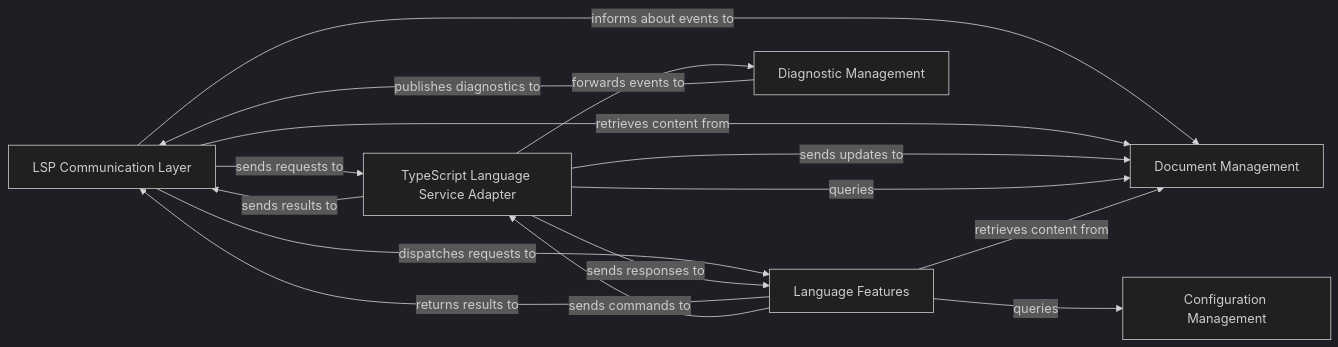
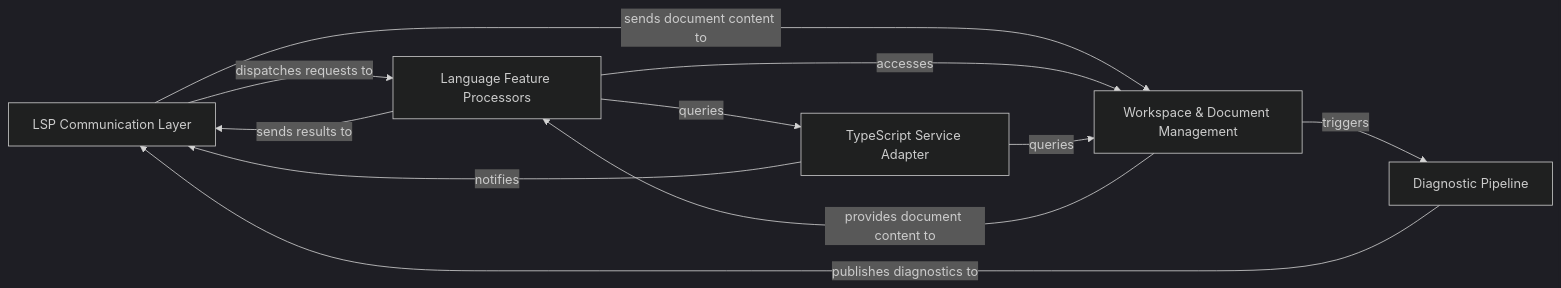
One commit to CodeBoarding/GeneratedOnBoardings changed the diagram in typescript-language-server/on_boarding.md. Above: the diagram before and after it, drawn with Mermaid (dark theme). The commit also changed other lines of this file, not shown here.

Commit message:
Uploading onboarding materials for typescript-language-server

````diff
--- a/typescript-language-server/on_boarding.md
+++ b/typescript-language-server/on_boarding.md
@@ -1,23 +1,18 @@
 ```mermaid
 graph LR
     LSP_Communication_Layer["LSP Communication Layer"]
-    TypeScript_Language_Service_Adapter["TypeScript Language Service Adapter"]
-    Document_Management["Document Management"]
-    Language_Features["Language Features"]
-    Diagnostic_Management["Diagnostic Management"]
-    Configuration_Management["Configuration Management"]
-    LSP_Communication_Layer -- "sends requests to" --> TypeScript_Language_Service_Adapter
-    TypeScript_Language_Service_Adapter -- "sends results to" --> LSP_Communication_Layer
-    LSP_Communication_Layer -- "dispatches requests to" --> Language_Features
-    Language_Features -- "returns results to" --> LSP_Communication_Layer
-    LSP_Communication_Layer -- "informs about events to" --> Document_Management
-    LSP_Communication_Layer -- "retrieves content from" --> Document_Management
-    TypeScript_Language_Service_Adapter -- "sends updates to" --> Document_Management
-    TypeScript_Language_Service_Adapter -- "queries" --> Document_Management
-    Language_Features -- "sends commands to" --> TypeScript_Language_Service_Adapter
-    TypeScript_Language_Service_Adapter -- "sends responses to" --> Language_Features
-    Language_Features -- "retrieves content from" --> Document_Management
-    Language_Features -- "queries" --> Configuration_Management
-    TypeScript_Language_Service_Adapter -- "forwards events to" --> Diagnostic_Management
-    Diagnostic_Management -- "publishes diagnostics to" --> LSP_Communication_Layer
+    TypeScript_Service_Adapter["TypeScript Service Adapter"]
+    Workspace_Document_Management["Workspace & Document Management"]
+    Language_Feature_Processors["Language Feature Processors"]
+    Diagnostic_Pipeline["Diagnostic Pipeline"]
+    LSP_Communication_Layer -- "dispatches requests to" --> Language_Feature_Processors
+    Language_Feature_Processors -- "sends results to" --> LSP_Communication_Layer
+    LSP_Communication_Layer -- "sends document content to" --> Workspace_Document_Management
+    Workspace_Document_Management -- "provides document content to" --> Language_Feature_Processors
+    Language_Feature_Processors -- "queries" --> TypeScript_Service_Adapter
+    Language_Feature_Processors -- "accesses" --> Workspace_Document_Management
+    TypeScript_Service_Adapter -- "notifies" --> LSP_Communication_Layer
+    TypeScript_Service_Adapter -- "queries" --> Workspace_Document_Management
+    Workspace_Document_Management -- "triggers" --> Diagnostic_Pipeline
+    Diagnostic_Pipeline -- "publishes diagnostics to" --> LSP_Communication_Layer
 ```
````
